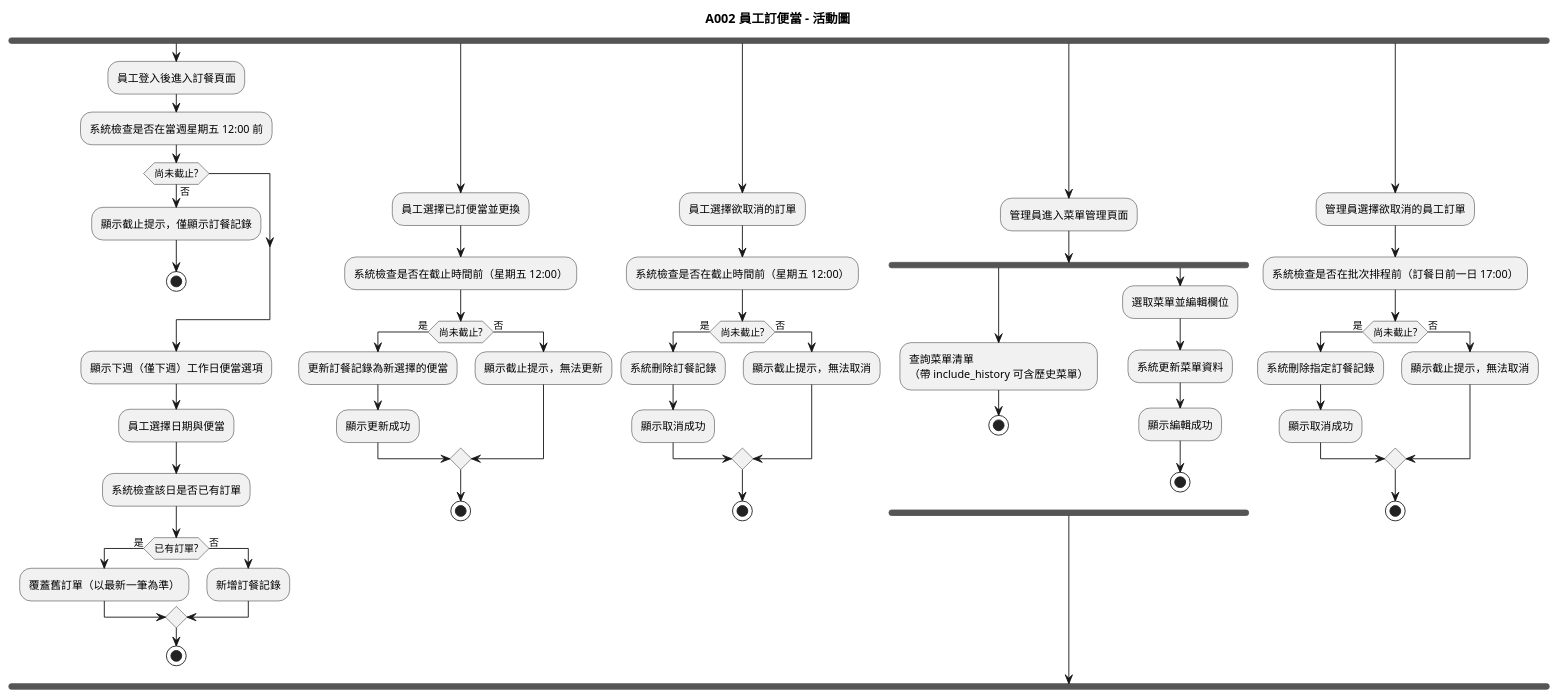
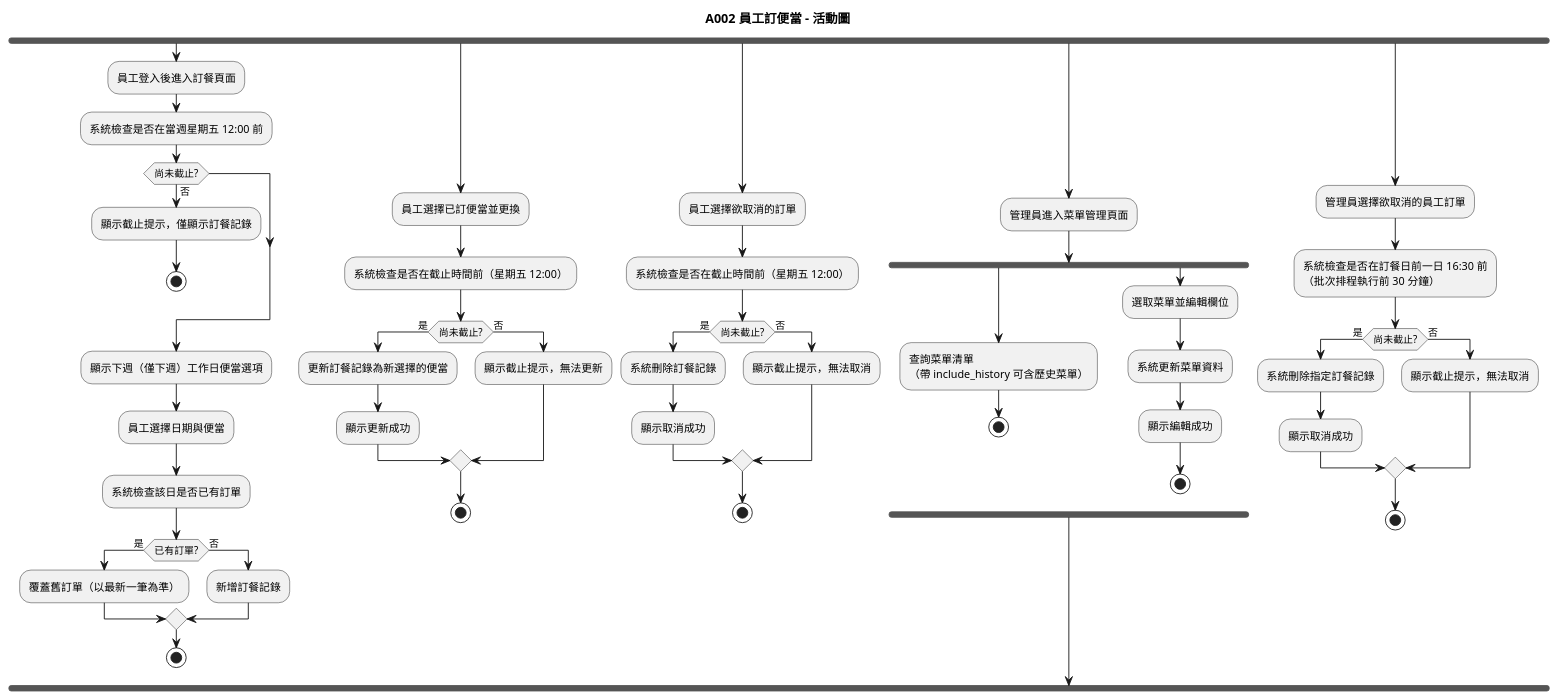
One commit to teyhawzhe/bento-uml changed the diagram in output/A002/A002-activity.puml. Above: the diagram before and after it, drawn with PlantUML. The commit also changed 2 other files, not shown here.

```diff
--- a/output/A002/A002-activity.puml
+++ b/output/A002/A002-activity.puml
@@ -1,69 +1,69 @@
 @startuml A002-activity
 
 title A002 員工訂便當 - 活動圖
 
 fork
   :員工登入後進入訂餐頁面;
   :系統檢查是否在當週星期五 12:00 前;
   if (尚未截止?) then (否)
     :顯示截止提示，僅顯示訂餐記錄;
     stop
   endif
   :顯示下週（僅下週）工作日便當選項;
   :員工選擇日期與便當;
   :系統檢查該日是否已有訂單;
   if (已有訂單?) then (是)
     :覆蓋舊訂單（以最新一筆為準）;
   else (否)
     :新增訂餐記錄;
   endif
   stop
 
 fork again
   :員工選擇已訂便當並更換;
   :系統檢查是否在截止時間前（星期五 12:00）;
   if (尚未截止?) then (是)
     :更新訂餐記錄為新選擇的便當;
     :顯示更新成功;
   else (否)
     :顯示截止提示，無法更新;
   endif
   stop
 
 fork again
   :員工選擇欲取消的訂單;
   :系統檢查是否在截止時間前（星期五 12:00）;
   if (尚未截止?) then (是)
     :系統刪除訂餐記錄;
     :顯示取消成功;
   else (否)
     :顯示截止提示，無法取消;
   endif
   stop
 
 fork again
   :管理員進入菜單管理頁面;
   fork
     :查詢菜單清單\n（帶 include_history 可含歷史菜單）;
     stop
   fork again
     :選取菜單並編輯欄位;
     :系統更新菜單資料;
     :顯示編輯成功;
     stop
   end fork
 
 fork again
   :管理員選擇欲取消的員工訂單;
-  :系統檢查是否在批次排程前（訂餐日前一日 17:00）;
+  :系統檢查是否在訂餐日前一日 16:30 前\n（批次排程執行前 30 分鐘）;
   if (尚未截止?) then (是)
     :系統刪除指定訂餐記錄;
     :顯示取消成功;
   else (否)
     :顯示截止提示，無法取消;
   endif
   stop
 
 end fork
 
 @enduml
```
